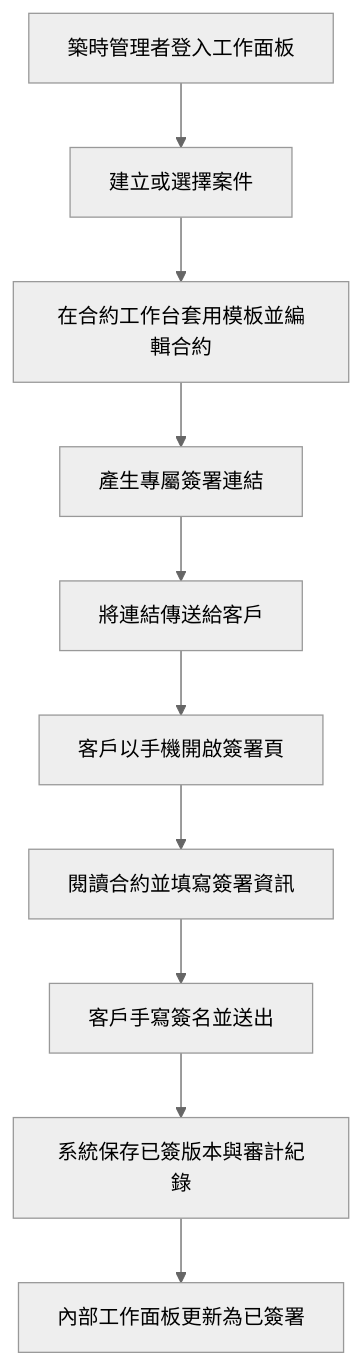
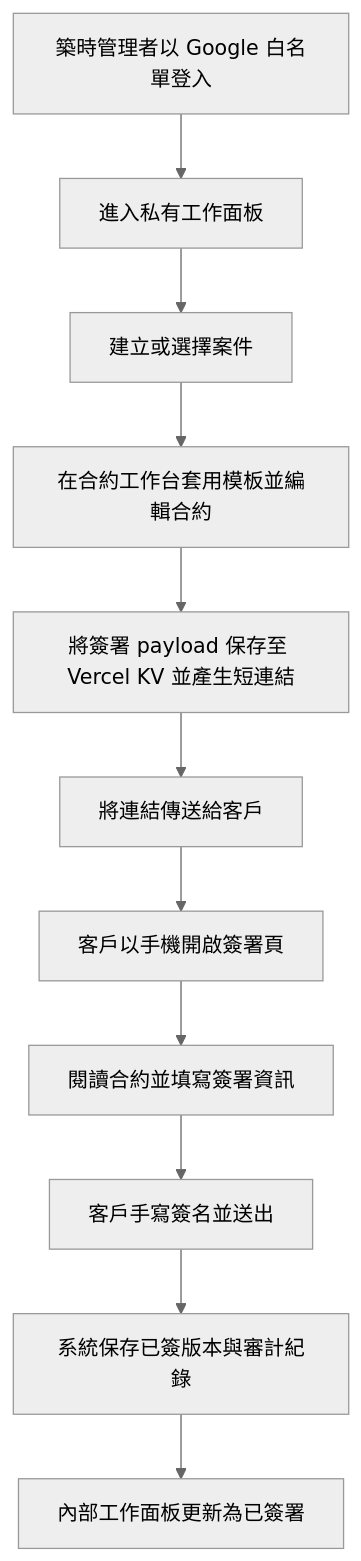
Before and after one commit to differ505-prog/ai-web-studio-landing: the diagram in .trae/documents/築時數位工作面板-PRD.md, drawn with Mermaid (neutral theme). The commit also changed other lines of this file and 14 other files, not shown here.

````diff
--- a/.trae/documents/築時數位工作面板-PRD.md
+++ b/.trae/documents/築時數位工作面板-PRD.md
@@ -42,12 +44,13 @@
 ```mermaid
 flowchart TD
-    A["築時管理者登入工作面板"] --> B["建立或選擇案件"]
-    B --> C["在合約工作台套用模板並編輯合約"]
-    C --> D["產生專屬簽署連結"]
-    D --> E["將連結傳送給客戶"]
-    E --> F["客戶以手機開啟簽署頁"]
-    F --> G["閱讀合約並填寫簽署資訊"]
-    G --> H["客戶手寫簽名並送出"]
-    H --> I["系統保存已簽版本與審計紀錄"]
-    I --> J["內部工作面板更新為已簽署"]
+    A["築時管理者以 Google 白名單登入"] --> B["進入私有工作面板"]
+    B --> C["建立或選擇案件"]
+    C --> D["在合約工作台套用模板並編輯合約"]
+    D --> E["將簽署 payload 保存至 Vercel KV 並產生短連結"]
+    E --> F["將連結傳送給客戶"]
+    F --> G["客戶以手機開啟簽署頁"]
+    G --> H["閱讀合約並填寫簽署資訊"]
+    H --> I["客戶手寫簽名並送出"]
+    I --> J["系統保存已簽版本與審計紀錄"]
+    J --> K["內部工作面板更新為已簽署"]
 ```
````
